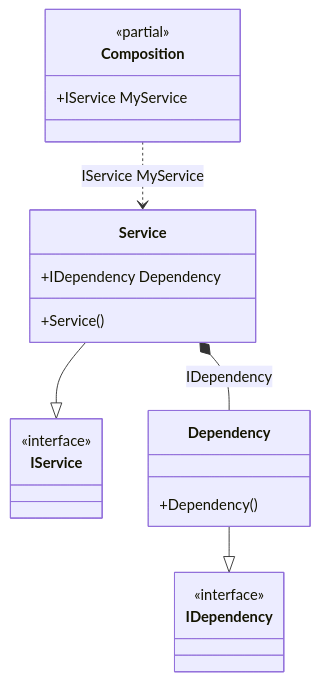
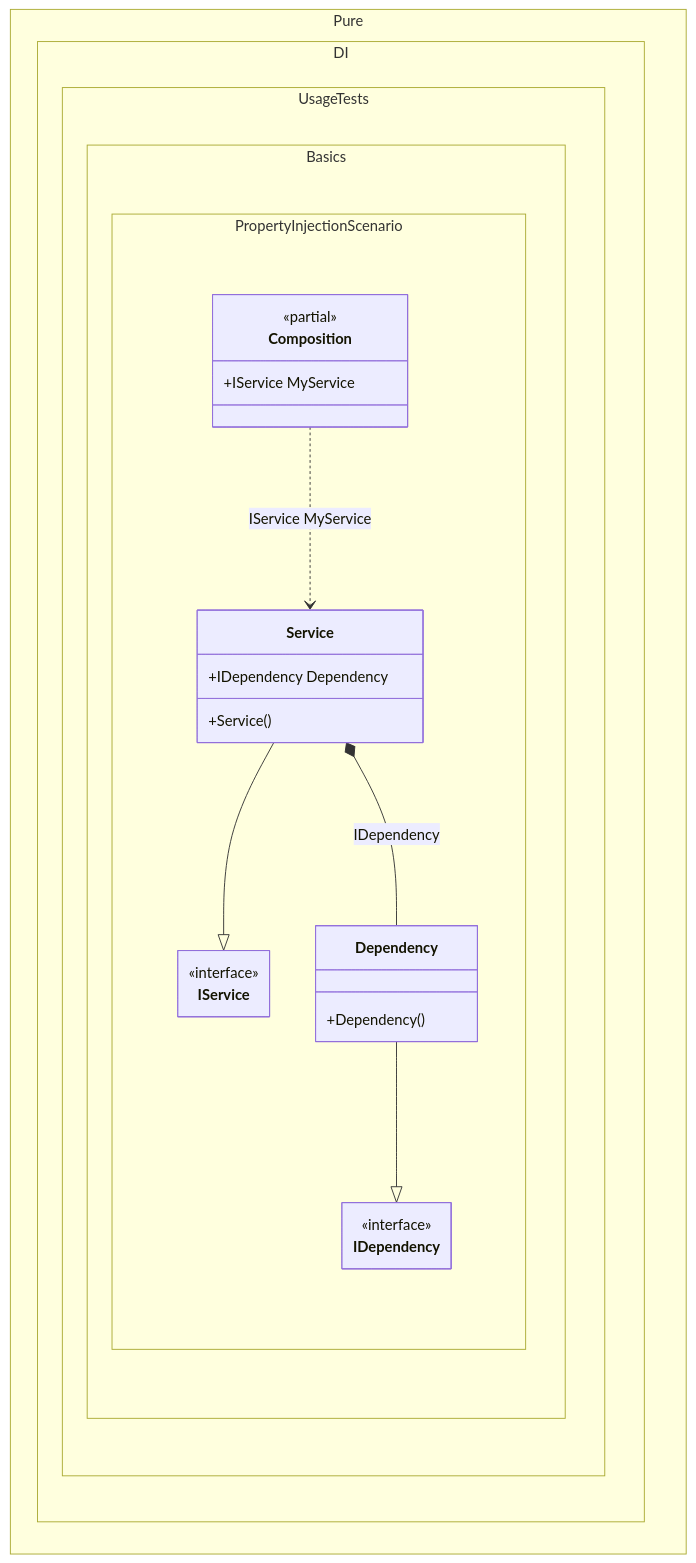
The diagram in readme/property-injection.md (DevTeam/Pure.DI), drawn with Mermaid before and after one commit. The commit also changed 103 other files, not shown here.

Commit message:
Improved class diagrams

````diff
--- a/readme/property-injection.md
+++ b/readme/property-injection.md
@@ -72,24 +72,31 @@
 ```mermaid
+---
+ config:
+  class:
+   hideEmptyMembersBox: true
+---
 classDiagram
-	class Composition {
+	Service --|> IService
+	Dependency --|> IDependency
+	Composition ..> Service : IService MyService
+	Service *--  Dependency : IDependency
+	namespace Pure.DI.UsageTests.Basics.PropertyInjectionScenario {
+		class Composition {
 		<<partial>>
 		+IService MyService
+		}
+		class Dependency {
+			+Dependency()
+		}
+		class IDependency {
+			<<interface>>
+		}
+		class IService {
+			<<interface>>
+		}
+		class Service {
+			+Service()
+			+IDependency Dependency
+		}
 	}
-	Service --|> IService
-	class Service {
-		+Service()
-		+IDependency Dependency
-	}
-	Dependency --|> IDependency
-	class Dependency {
-		+Dependency()
-	}
-	class IService {
-		<<interface>>
-	}
-	class IDependency {
-		<<interface>>
-	}
-	Composition ..> Service : IService MyService
-	Service *--  Dependency : IDependency
 ```
````
